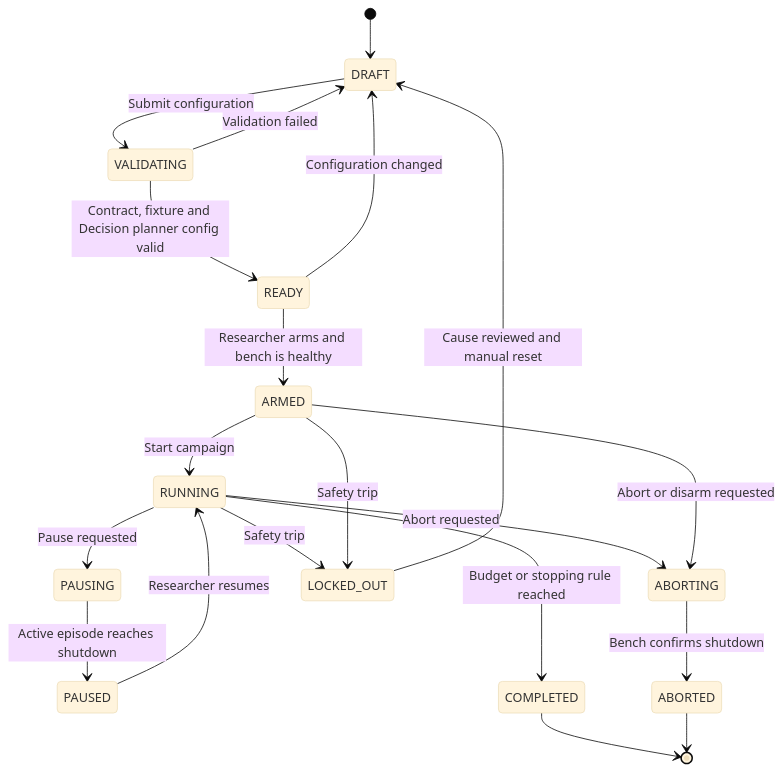
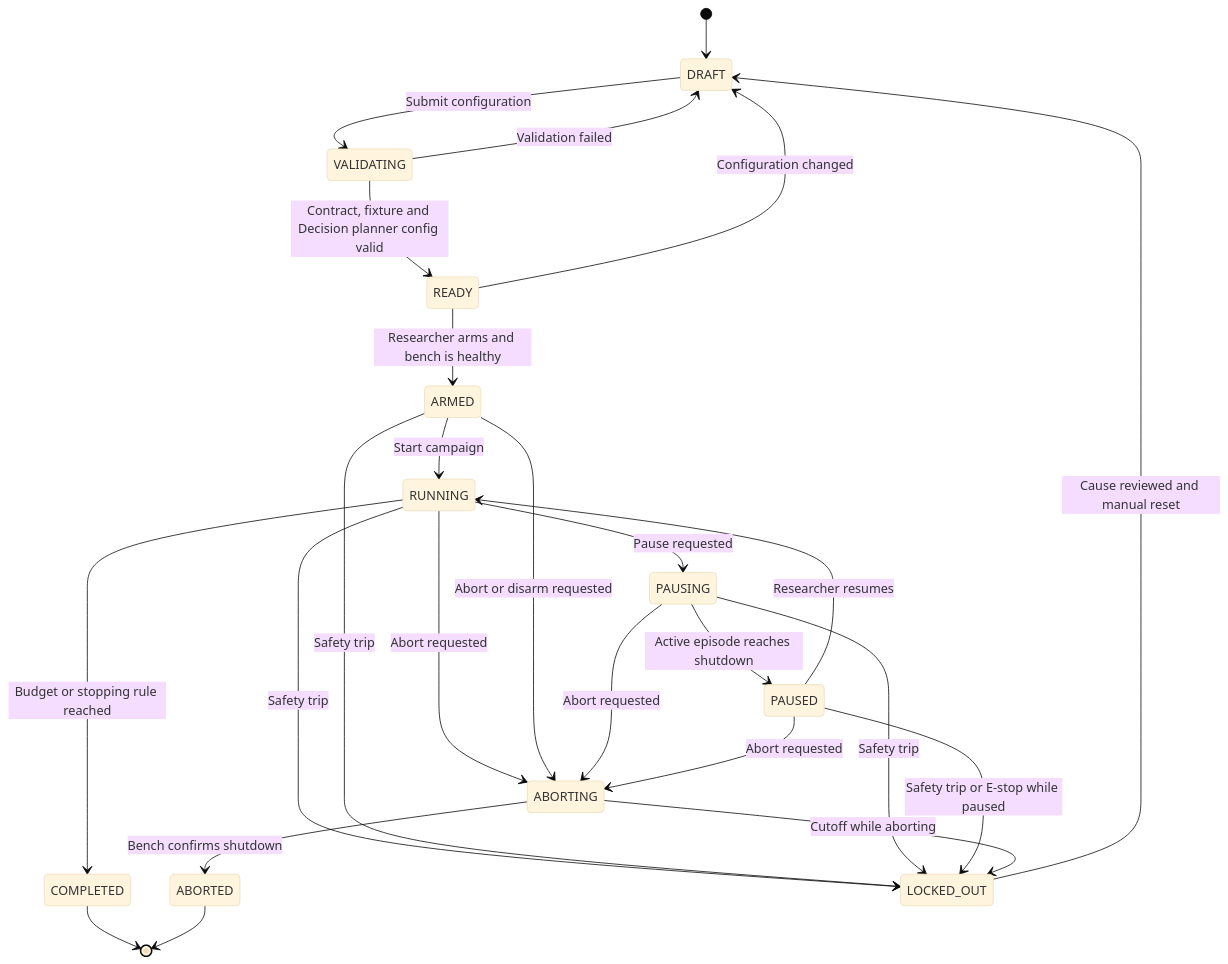
One commit to overclocked-2124/ChipCheck changed the first of 4 diagrams in docs/03-activequal-episode-execution-and-safety-state-machine.md. Above: the diagram before and after it, drawn with Mermaid (base theme). The commit also changed 6 other files, not shown here.

Commit message:
Review fixes: reconcile cutoff as safety abort, lockout on trip while paused or aborting, two-person rule against the last approved version, unitless rails voltage-limited, all duration controls count toward episode time

````diff
--- a/docs/03-activequal-episode-execution-and-safety-state-machine.md
+++ b/docs/03-activequal-episode-execution-and-safety-state-machine.md
@@ -108,22 +108,27 @@
 ```mermaid
 stateDiagram-v2
     [*] --> DRAFT
     DRAFT --> VALIDATING: Submit configuration
     VALIDATING --> DRAFT: Validation failed
     VALIDATING --> READY: Contract, fixture and Decision planner config valid
     READY --> ARMED: Researcher arms and bench is healthy
     ARMED --> RUNNING: Start campaign
     RUNNING --> PAUSING: Pause requested
     PAUSING --> PAUSED: Active episode reaches shutdown
     PAUSED --> RUNNING: Researcher resumes
     RUNNING --> COMPLETED: Budget or stopping rule reached
     RUNNING --> ABORTING: Abort requested
     ARMED --> ABORTING: Abort or disarm requested
     ABORTING --> ABORTED: Bench confirms shutdown
     RUNNING --> LOCKED_OUT: Safety trip
     ARMED --> LOCKED_OUT: Safety trip
+    PAUSING --> LOCKED_OUT: Safety trip
+    PAUSED --> LOCKED_OUT: Safety trip or E-stop while paused
+    ABORTING --> LOCKED_OUT: Cutoff while aborting
+    PAUSING --> ABORTING: Abort requested
+    PAUSED --> ABORTING: Abort requested
     LOCKED_OUT --> DRAFT: Cause reviewed and manual reset
     READY --> DRAFT: Configuration changed
     COMPLETED --> [*]
     ABORTED --> [*]
 ```
````
